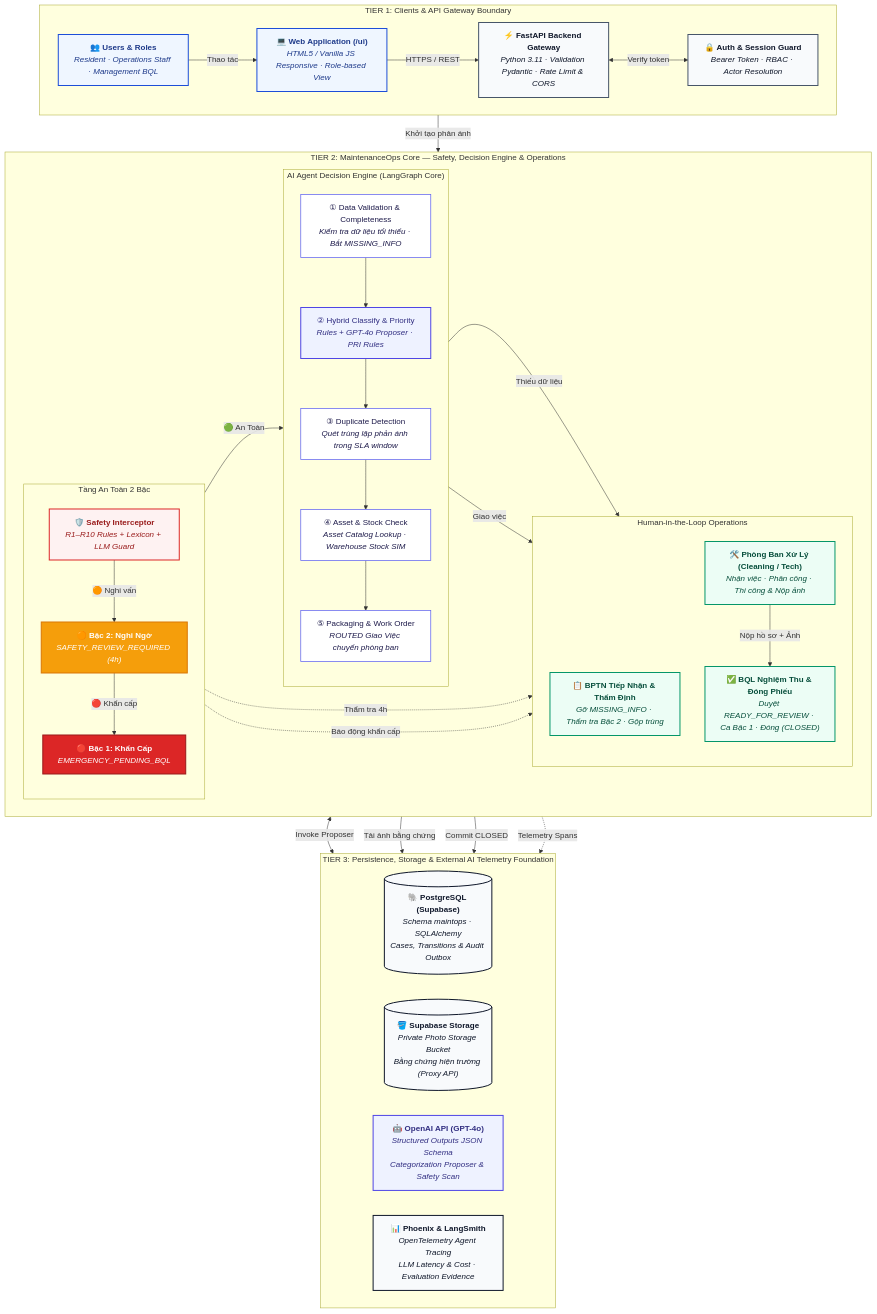
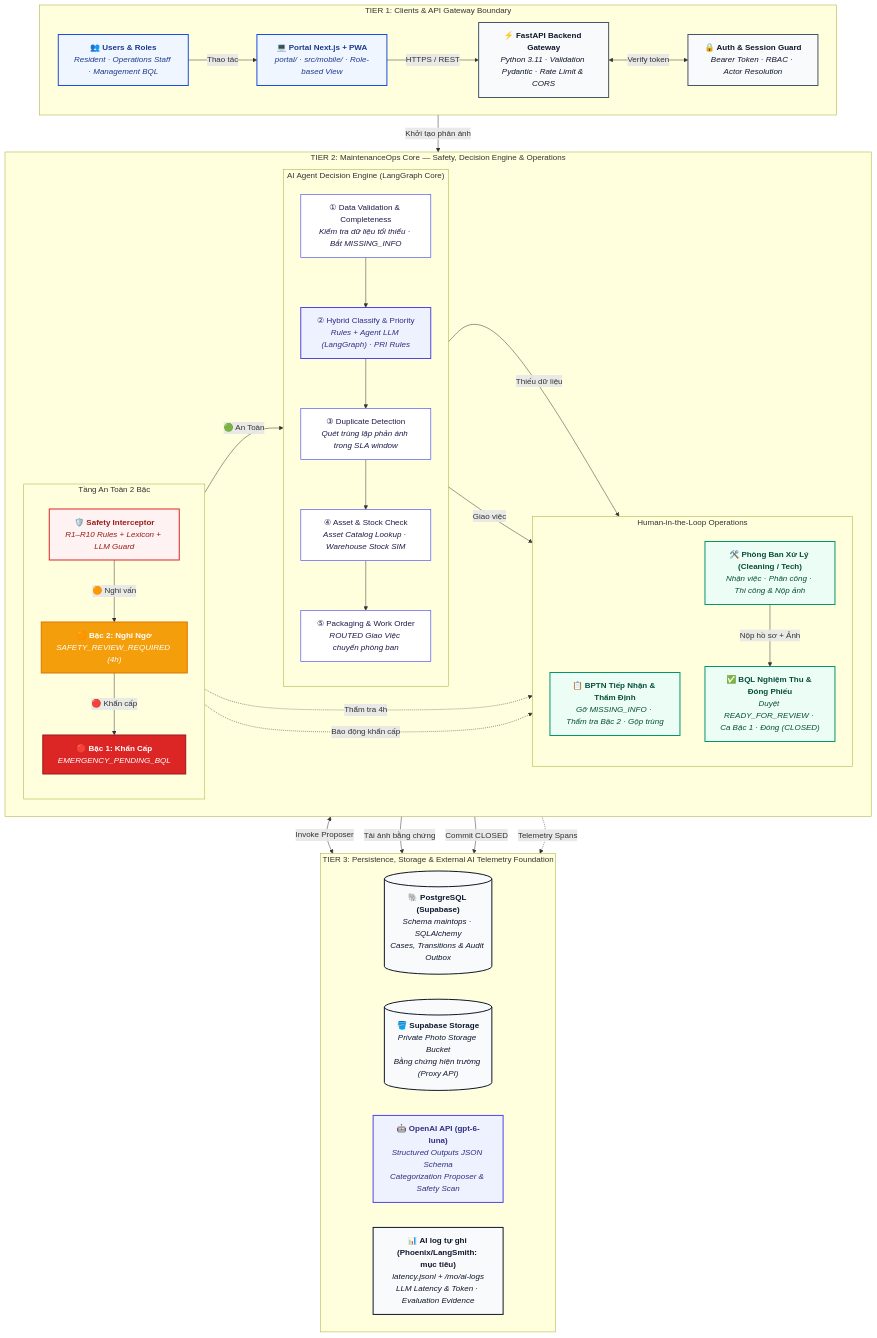
The diagram in README.md (tuanank2112-crypto/P-151), drawn with Mermaid before and after one commit. The commit also changed other lines of this file and 28 other files, not shown here.

First line of the commit message:
docs: align README, architecture and specs with v1.17.11, pin requirements

```diff
--- a/README.md
+++ b/README.md
@@ -81,7 +95,7 @@
     subgraph TIER1 ["TIER 1: Clients & API Gateway Boundary"]
         direction LR
         USERS["👥 <b>Users & Roles</b><br/><i>Resident · Operations Staff · Management BQL</i>"]:::clientStyle
-        WEB["💻 <b>Web Application (/ui)</b><br/><i>HTML5 / Vanilla JS Responsive · Role-based View</i>"]:::clientStyle
+        WEB["💻 <b>Portal Next.js + PWA</b><br/><i>portal/ · src/mobile/ · Role-based View</i>"]:::clientStyle
         API["⚡ <b>FastAPI Backend Gateway</b><br/><i>Python 3.11 · Validation Pydantic · Rate Limit & CORS</i>"]:::gatewayStyle
         AUTH["🔒 <b>Auth & Session Guard</b><br/><i>Bearer Token · RBAC · Actor Resolution</i>"]:::gatewayStyle
 
@@ -111,7 +125,7 @@
         subgraph SUB_AGENT ["AI Agent Decision Engine (LangGraph Core)"]
             direction TB
             ST1["① Data Validation & Completeness<br/><i>Kiểm tra dữ liệu tối thiểu · Bắt MISSING_INFO</i>"]:::stageStyle
-            ST2["② Hybrid Classify & Priority<br/><i>Rules + GPT-4o Proposer · PRI Rules</i>"]:::agentStyle
+            ST2["② Hybrid Classify & Priority<br/><i>Rules + Agent LLM (LangGraph) · PRI Rules</i>"]:::agentStyle
             ST3["③ Duplicate Detection<br/><i>Quét trùng lặp phản ánh trong SLA window</i>"]:::stageStyle
             ST4["④ Asset & Stock Check<br/><i>Asset Catalog Lookup · Warehouse Stock SIM</i>"]:::stageStyle
             ST5["⑤ Packaging & Work Order<br/><i>ROUTED Giao Việc chuyển phòng ban</i>"]:::stageStyle
@@ -146,8 +160,8 @@
         direction LR
         PG[("🐘 <b>PostgreSQL (Supabase)</b><br/><i>Schema maintops · SQLAlchemy<br/>Cases, Transitions & Audit Outbox</i>")]:::infraStyle
         BUCKET[("🪣 <b>Supabase Storage</b><br/><i>Private Photo Storage Bucket<br/>Bằng chứng hiện trường (Proxy API)</i>")]:::infraStyle
-        OPENAI["🤖 <b>OpenAI API (GPT-4o)</b><br/><i>Structured Outputs JSON Schema<br/>Categorization Proposer & Safety Scan</i>"]:::agentStyle
-        PHOENIX["📊 <b>Phoenix & LangSmith</b><br/><i>OpenTelemetry Agent Tracing<br/>LLM Latency & Cost · Evaluation Evidence</i>"]:::infraStyle
+        OPENAI["🤖 <b>OpenAI API (gpt-6-luna)</b><br/><i>Structured Outputs JSON Schema<br/>Categorization Proposer & Safety Scan</i>"]:::agentStyle
+        PHOENIX["📊 <b>AI log tự ghi (Phoenix/LangSmith: mục tiêu)</b><br/><i>latency.jsonl + /mo/ai-logs<br/>LLM Latency & Token · Evaluation Evidence</i>"]:::infraStyle
     end
 
     %% Outflows to Tier 3
```
